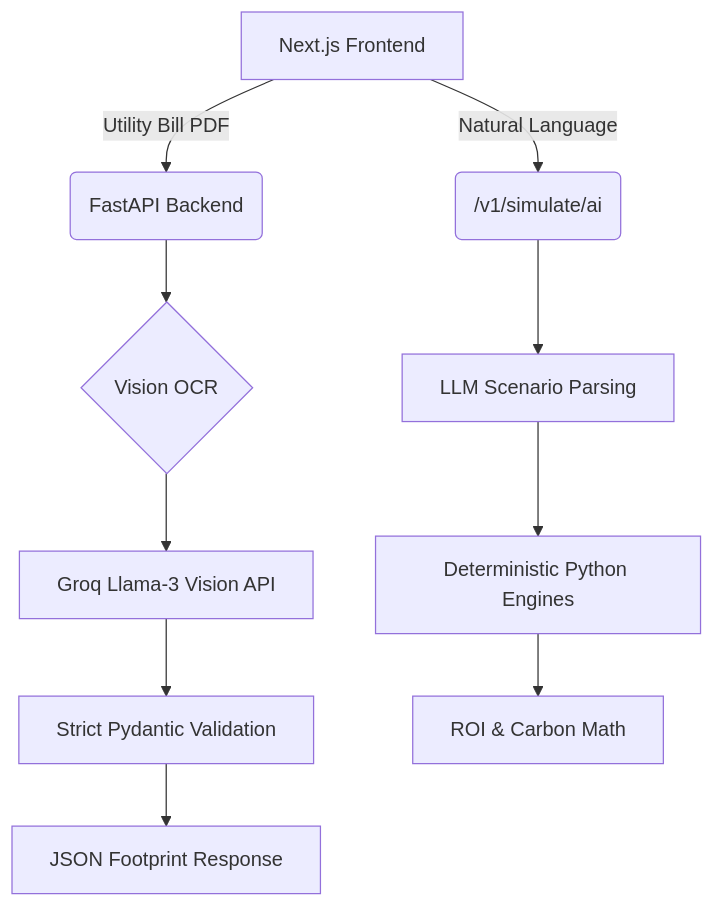
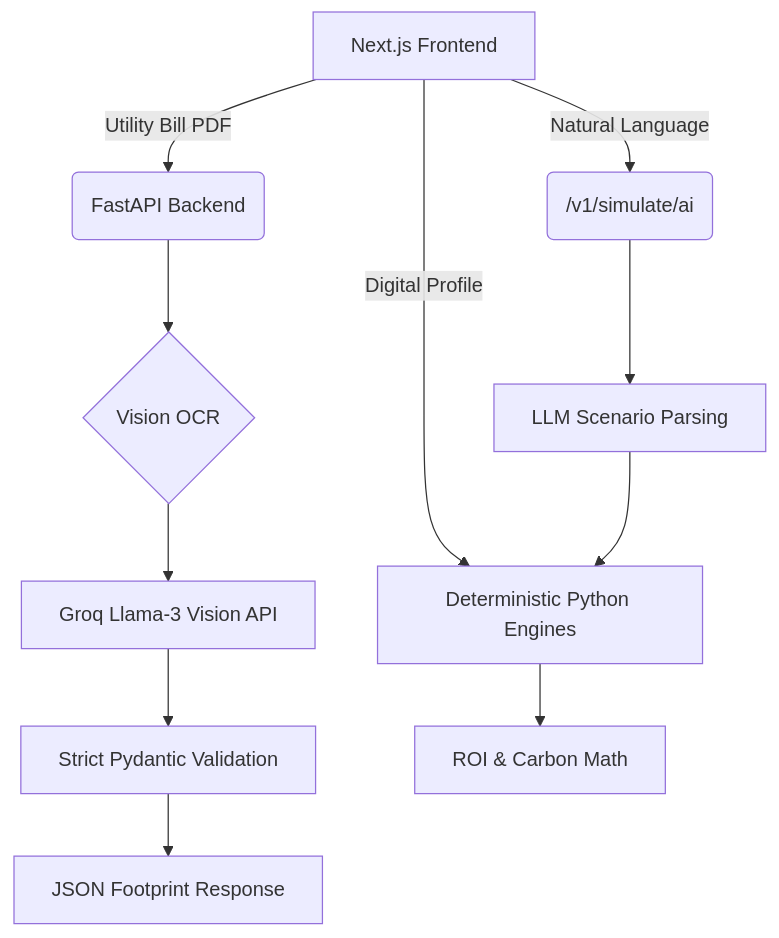
Before and after one commit to Kiruthick7/CarbonPilotAI: the diagram in README.md, drawn with Mermaid. The commit also changed other lines of this file and 1 other file, not shown here.

````diff
--- a/README.md
+++ b/README.md
@@ -43,14 +44,15 @@
 ```mermaid
 graph TD
     A[Next.js Frontend] -->|Utility Bill PDF| B(FastAPI Backend)
     A -->|Natural Language| C(/v1/simulate/ai)
+    A -->|Digital Profile| I
     
     B --> D{Vision OCR}
     D --> E[Groq Llama-3 Vision API]
     E --> F[Strict Pydantic Validation]
     F --> G[JSON Footprint Response]
     
     C --> H[LLM Scenario Parsing]
     H --> I[Deterministic Python Engines]
     I --> J[ROI & Carbon Math]
 ```
````
